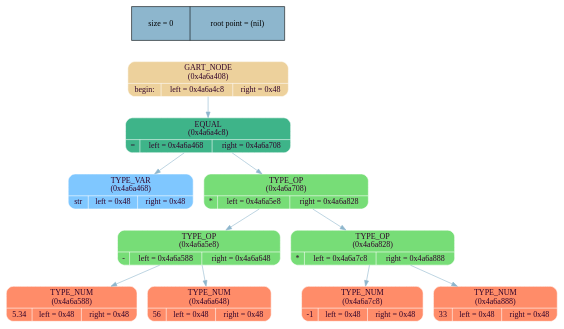
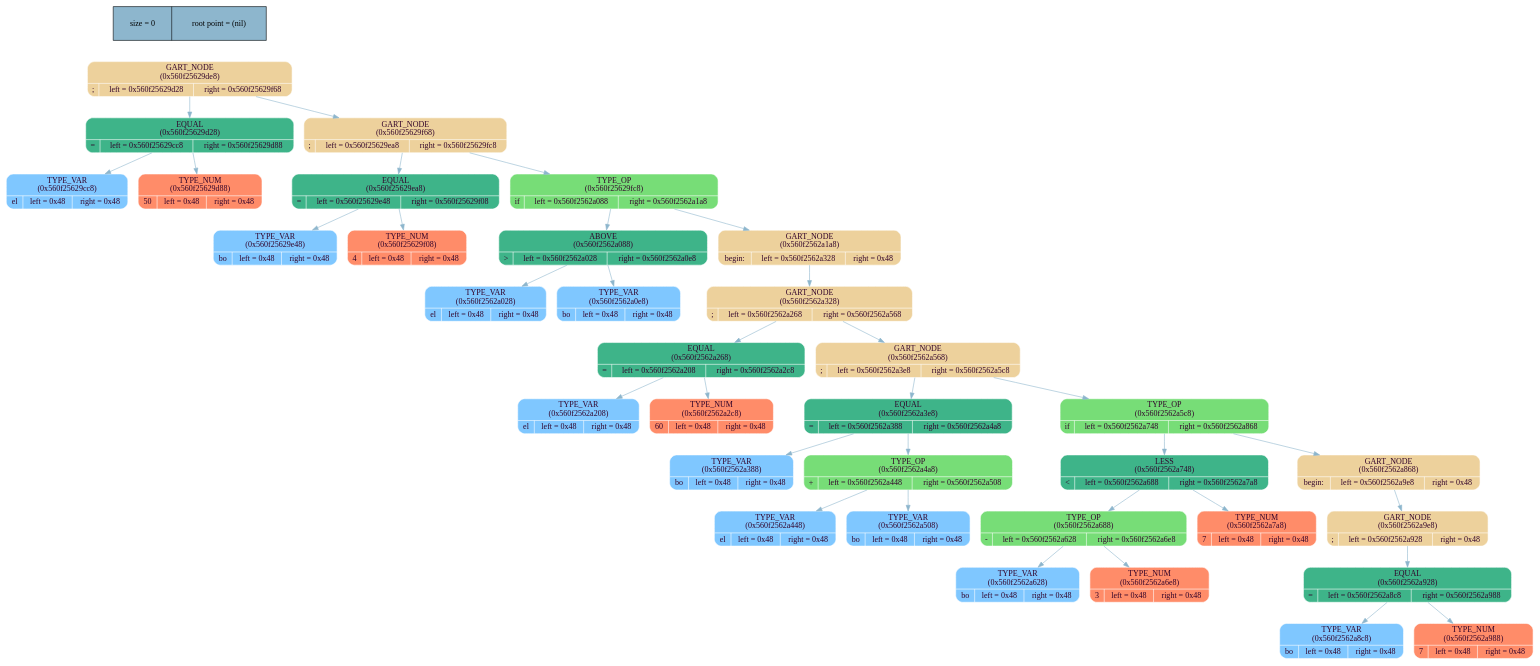
Before and after one commit to MaxGroshev/language: the diagram in frontend/tree/graph_lib/tree_dump.dot, drawn with Graphviz. The commit also changed 9 other files, not shown here.

```diff
--- a/frontend/tree/graph_lib/tree_dump.dot
+++ b/frontend/tree/graph_lib/tree_dump.dot
@@ -6,23 +6,71 @@
 node_stat [margin = "0.3*0.3", style = "filled", shape = "record", fillcolor = "#8DB6CD" label = " size = 0 | root point = (nil)"]
 {rank = source; node_stat}
 
-node0x4a6a408 [shape = "Mrecord", fillcolor = "#EDD19C", style = "filled", fontcolor = "#31032A", fontname = "Calibri", color = "white", label = "{GART_NODE\n (0x4a6a408)| {begin: |left = 0x4a6a4c8 |right = 0x48}}"]
-node0x4a6a408 -> node0x4a6a4c8 [color = "#8DB6CD", style = "", constraint = true, fillcolor = "#8DB6CD",   fontcolor = "", fontname = "Calibri", label = ""];
-node0x4a6a4c8 [shape = "Mrecord", fillcolor = "#3EB489", style = "filled", fontcolor = "#31032A", fontname = "Calibri", color = "white", label = "{EQUAL\n (0x4a6a4c8)| {= |left = 0x4a6a468 |right = 0x4a6a708}}"]
-node0x4a6a4c8 -> node0x4a6a468 [color = "#8DB6CD", style = "", constraint = true, fillcolor = "#8DB6CD",   fontcolor = "", fontname = "Calibri", label = ""];
-node0x4a6a468 [shape = "Mrecord", fillcolor = "#7FC7FF", style = "filled", fontcolor = "#31032A", fontname = "Calibri", color = "white", label = "{TYPE_VAR\n (0x4a6a468)| {str |left = 0x48 |right = 0x48}}"]
-node0x4a6a4c8 -> node0x4a6a708 [color = "#8DB6CD", style = "", constraint = true, fillcolor = "#8DB6CD",   fontcolor = "", fontname = "Calibri", label = ""];
-node0x4a6a708 [shape = "Mrecord", fillcolor = "#77DD77", style = "filled", fontcolor = "#31032A", fontname = "Calibri", color = "white", label = "{TYPE_OP\n (0x4a6a708)| {* |left = 0x4a6a5e8 |right = 0x4a6a828}}"]
-node0x4a6a708 -> node0x4a6a5e8 [color = "#8DB6CD", style = "", constraint = true, fillcolor = "#8DB6CD",   fontcolor = "", fontname = "Calibri", label = ""];
-node0x4a6a5e8 [shape = "Mrecord", fillcolor = "#77DD77", style = "filled", fontcolor = "#31032A", fontname = "Calibri", color = "white", label = "{TYPE_OP\n (0x4a6a5e8)| {- |left = 0x4a6a588 |right = 0x4a6a648}}"]
-node0x4a6a5e8 -> node0x4a6a588 [color = "#8DB6CD", style = "", constraint = true, fillcolor = "#8DB6CD",   fontcolor = "", fontname = "Calibri", label = ""];
-node0x4a6a588 [shape = "Mrecord", fillcolor = "#FF8C69", style = "filled", fontcolor = "#31032A", fontname = "Calibri", color = "white", label = "{TYPE_NUM\n (0x4a6a588)| {5.34 |left = 0x48 |right = 0x48}}"]
-node0x4a6a5e8 -> node0x4a6a648 [color = "#8DB6CD", style = "", constraint = true, fillcolor = "#8DB6CD",   fontcolor = "", fontname = "Calibri", label = ""];
-node0x4a6a648 [shape = "Mrecord", fillcolor = "#FF8C69", style = "filled", fontcolor = "#31032A", fontname = "Calibri", color = "white", label = "{TYPE_NUM\n (0x4a6a648)| {56 |left = 0x48 |right = 0x48}}"]
-node0x4a6a708 -> node0x4a6a828 [color = "#8DB6CD", style = "", constraint = true, fillcolor = "#8DB6CD",   fontcolor = "", fontname = "Calibri", label = ""];
-node0x4a6a828 [shape = "Mrecord", fillcolor = "#77DD77", style = "filled", fontcolor = "#31032A", fontname = "Calibri", color = "white", label = "{TYPE_OP\n (0x4a6a828)| {* |left = 0x4a6a7c8 |right = 0x4a6a888}}"]
-node0x4a6a828 -> node0x4a6a7c8 [color = "#8DB6CD", style = "", constraint = true, fillcolor = "#8DB6CD",   fontcolor = "", fontname = "Calibri", label = ""];
-node0x4a6a7c8 [shape = "Mrecord", fillcolor = "#FF8C69", style = "filled", fontcolor = "#31032A", fontname = "Calibri", color = "white", label = "{TYPE_NUM\n (0x4a6a7c8)| {-1 |left = 0x48 |right = 0x48}}"]
-node0x4a6a828 -> node0x4a6a888 [color = "#8DB6CD", style = "", constraint = true, fillcolor = "#8DB6CD",   fontcolor = "", fontname = "Calibri", label = ""];
-node0x4a6a888 [shape = "Mrecord", fillcolor = "#FF8C69", style = "filled", fontcolor = "#31032A", fontname = "Calibri", color = "white", label = "{TYPE_NUM\n (0x4a6a888)| {33 |left = 0x48 |right = 0x48}}"]
+node0x560f25629de8 [shape = "Mrecord", fillcolor = "#EDD19C", style = "filled", fontcolor = "#31032A", fontname = "Calibri", color = "white", label = "{GART_NODE\n (0x560f25629de8)| {; |left = 0x560f25629d28 |right = 0x560f25629f68}}"]
+node0x560f25629de8 -> node0x560f25629d28 [color = "#8DB6CD", style = "", constraint = true, fillcolor = "#8DB6CD",   fontcolor = "", fontname = "Calibri", label = ""];
+node0x560f25629d28 [shape = "Mrecord", fillcolor = "#3EB489", style = "filled", fontcolor = "#31032A", fontname = "Calibri", color = "white", label = "{EQUAL\n (0x560f25629d28)| {= |left = 0x560f25629cc8 |right = 0x560f25629d88}}"]
+node0x560f25629d28 -> node0x560f25629cc8 [color = "#8DB6CD", style = "", constraint = true, fillcolor = "#8DB6CD",   fontcolor = "", fontname = "Calibri", label = ""];
+node0x560f25629cc8 [shape = "Mrecord", fillcolor = "#7FC7FF", style = "filled", fontcolor = "#31032A", fontname = "Calibri", color = "white", label = "{TYPE_VAR\n (0x560f25629cc8)| {el |left = 0x48 |right = 0x48}}"]
+node0x560f25629d28 -> node0x560f25629d88 [color = "#8DB6CD", style = "", constraint = true, fillcolor = "#8DB6CD",   fontcolor = "", fontname = "Calibri", label = ""];
+node0x560f25629d88 [shape = "Mrecord", fillcolor = "#FF8C69", style = "filled", fontcolor = "#31032A", fontname = "Calibri", color = "white", label = "{TYPE_NUM\n (0x560f25629d88)| {50 |left = 0x48 |right = 0x48}}"]
+node0x560f25629de8 -> node0x560f25629f68 [color = "#8DB6CD", style = "", constraint = true, fillcolor = "#8DB6CD",   fontcolor = "", fontname = "Calibri", label = ""];
+node0x560f25629f68 [shape = "Mrecord", fillcolor = "#EDD19C", style = "filled", fontcolor = "#31032A", fontname = "Calibri", color = "white", label = "{GART_NODE\n (0x560f25629f68)| {; |left = 0x560f25629ea8 |right = 0x560f25629fc8}}"]
+node0x560f25629f68 -> node0x560f25629ea8 [color = "#8DB6CD", style = "", constraint = true, fillcolor = "#8DB6CD",   fontcolor = "", fontname = "Calibri", label = ""];
+node0x560f25629ea8 [shape = "Mrecord", fillcolor = "#3EB489", style = "filled", fontcolor = "#31032A", fontname = "Calibri", color = "white", label = "{EQUAL\n (0x560f25629ea8)| {= |left = 0x560f25629e48 |right = 0x560f25629f08}}"]
+node0x560f25629ea8 -> node0x560f25629e48 [color = "#8DB6CD", style = "", constraint = true, fillcolor = "#8DB6CD",   fontcolor = "", fontname = "Calibri", label = ""];
+node0x560f25629e48 [shape = "Mrecord", fillcolor = "#7FC7FF", style = "filled", fontcolor = "#31032A", fontname = "Calibri", color = "white", label = "{TYPE_VAR\n (0x560f25629e48)| {bo |left = 0x48 |right = 0x48}}"]
+node0x560f25629ea8 -> node0x560f25629f08 [color = "#8DB6CD", style = "", constraint = true, fillcolor = "#8DB6CD",   fontcolor = "", fontname = "Calibri", label = ""];
+node0x560f25629f08 [shape = "Mrecord", fillcolor = "#FF8C69", style = "filled", fontcolor = "#31032A", fontname = "Calibri", color = "white", label = "{TYPE_NUM\n (0x560f25629f08)| {4 |left = 0x48 |right = 0x48}}"]
+node0x560f25629f68 -> node0x560f25629fc8 [color = "#8DB6CD", style = "", constraint = true, fillcolor = "#8DB6CD",   fontcolor = "", fontname = "Calibri", label = ""];
+node0x560f25629fc8 [shape = "Mrecord", fillcolor = "#77DD77", style = "filled", fontcolor = "#31032A", fontname = "Calibri", color = "white", label = "{TYPE_OP\n (0x560f25629fc8)| {if |left = 0x560f2562a088 |right = 0x560f2562a1a8}}"]
+node0x560f25629fc8 -> node0x560f2562a088 [color = "#8DB6CD", style = "", constraint = true, fillcolor = "#8DB6CD",   fontcolor = "", fontname = "Calibri", label = ""];
+node0x560f2562a088 [shape = "Mrecord", fillcolor = "#3EB489", style = "filled", fontcolor = "#31032A", fontname = "Calibri", color = "white", label = "{ABOVE\n (0x560f2562a088)| {\> |left = 0x560f2562a028 |right = 0x560f2562a0e8}}"]
+node0x560f2562a088 -> node0x560f2562a028 [color = "#8DB6CD", style = "", constraint = true, fillcolor = "#8DB6CD",   fontcolor = "", fontname = "Calibri", label = ""];
+node0x560f2562a028 [shape = "Mrecord", fillcolor = "#7FC7FF", style = "filled", fontcolor = "#31032A", fontname = "Calibri", color = "white", label = "{TYPE_VAR\n (0x560f2562a028)| {el |left = 0x48 |right = 0x48}}"]
+node0x560f2562a088 -> node0x560f2562a0e8 [color = "#8DB6CD", style = "", constraint = true, fillcolor = "#8DB6CD",   fontcolor = "", fontname = "Calibri", label = ""];
+node0x560f2562a0e8 [shape = "Mrecord", fillcolor = "#7FC7FF", style = "filled", fontcolor = "#31032A", fontname = "Calibri", color = "white", label = "{TYPE_VAR\n (0x560f2562a0e8)| {bo |left = 0x48 |right = 0x48}}"]
+node0x560f25629fc8 -> node0x560f2562a1a8 [color = "#8DB6CD", style = "", constraint = true, fillcolor = "#8DB6CD",   fontcolor = "", fontname = "Calibri", label = ""];
+node0x560f2562a1a8 [shape = "Mrecord", fillcolor = "#EDD19C", style = "filled", fontcolor = "#31032A", fontname = "Calibri", color = "white", label = "{GART_NODE\n (0x560f2562a1a8)| {begin: |left = 0x560f2562a328 |right = 0x48}}"]
+node0x560f2562a1a8 -> node0x560f2562a328 [color = "#8DB6CD", style = "", constraint = true, fillcolor = "#8DB6CD",   fontcolor = "", fontname = "Calibri", label = ""];
+node0x560f2562a328 [shape = "Mrecord", fillcolor = "#EDD19C", style = "filled", fontcolor = "#31032A", fontname = "Calibri", color = "white", label = "{GART_NODE\n (0x560f2562a328)| {; |left = 0x560f2562a268 |right = 0x560f2562a568}}"]
+node0x560f2562a328 -> node0x560f2562a268 [color = "#8DB6CD", style = "", constraint = true, fillcolor = "#8DB6CD",   fontcolor = "", fontname = "Calibri", label = ""];
+node0x560f2562a268 [shape = "Mrecord", fillcolor = "#3EB489", style = "filled", fontcolor = "#31032A", fontname = "Calibri", color = "white", label = "{EQUAL\n (0x560f2562a268)| {= |left = 0x560f2562a208 |right = 0x560f2562a2c8}}"]
+node0x560f2562a268 -> node0x560f2562a208 [color = "#8DB6CD", style = "", constraint = true, fillcolor = "#8DB6CD",   fontcolor = "", fontname = "Calibri", label = ""];
+node0x560f2562a208 [shape = "Mrecord", fillcolor = "#7FC7FF", style = "filled", fontcolor = "#31032A", fontname = "Calibri", color = "white", label = "{TYPE_VAR\n (0x560f2562a208)| {el |left = 0x48 |right = 0x48}}"]
+node0x560f2562a268 -> node0x560f2562a2c8 [color = "#8DB6CD", style = "", constraint = true, fillcolor = "#8DB6CD",   fontcolor = "", fontname = "Calibri", label = ""];
+node0x560f2562a2c8 [shape = "Mrecord", fillcolor = "#FF8C69", style = "filled", fontcolor = "#31032A", fontname = "Calibri", color = "white", label = "{TYPE_NUM\n (0x560f2562a2c8)| {60 |left = 0x48 |right = 0x48}}"]
+node0x560f2562a328 -> node0x560f2562a568 [color = "#8DB6CD", style = "", constraint = true, fillcolor = "#8DB6CD",   fontcolor = "", fontname = "Calibri", label = ""];
+node0x560f2562a568 [shape = "Mrecord", fillcolor = "#EDD19C", style = "filled", fontcolor = "#31032A", fontname = "Calibri", color = "white", label = "{GART_NODE\n (0x560f2562a568)| {; |left = 0x560f2562a3e8 |right = 0x560f2562a5c8}}"]
+node0x560f2562a568 -> node0x560f2562a3e8 [color = "#8DB6CD", style = "", constraint = true, fillcolor = "#8DB6CD",   fontcolor = "", fontname = "Calibri", label = ""];
+node0x560f2562a3e8 [shape = "Mrecord", fillcolor = "#3EB489", style = "filled", fontcolor = "#31032A", fontname = "Calibri", color = "white", label = "{EQUAL\n (0x560f2562a3e8)| {= |left = 0x560f2562a388 |right = 0x560f2562a4a8}}"]
+node0x560f2562a3e8 -> node0x560f2562a388 [color = "#8DB6CD", style = "", constraint = true, fillcolor = "#8DB6CD",   fontcolor = "", fontname = "Calibri", label = ""];
+node0x560f2562a388 [shape = "Mrecord", fillcolor = "#7FC7FF", style = "filled", fontcolor = "#31032A", fontname = "Calibri", color = "white", label = "{TYPE_VAR\n (0x560f2562a388)| {bo |left = 0x48 |right = 0x48}}"]
+node0x560f2562a3e8 -> node0x560f2562a4a8 [color = "#8DB6CD", style = "", constraint = true, fillcolor = "#8DB6CD",   fontcolor = "", fontname = "Calibri", label = ""];
+node0x560f2562a4a8 [shape = "Mrecord", fillcolor = "#77DD77", style = "filled", fontcolor = "#31032A", fontname = "Calibri", color = "white", label = "{TYPE_OP\n (0x560f2562a4a8)| {+ |left = 0x560f2562a448 |right = 0x560f2562a508}}"]
+node0x560f2562a4a8 -> node0x560f2562a448 [color = "#8DB6CD", style = "", constraint = true, fillcolor = "#8DB6CD",   fontcolor = "", fontname = "Calibri", label = ""];
+node0x560f2562a448 [shape = "Mrecord", fillcolor = "#7FC7FF", style = "filled", fontcolor = "#31032A", fontname = "Calibri", color = "white", label = "{TYPE_VAR\n (0x560f2562a448)| {el |left = 0x48 |right = 0x48}}"]
+node0x560f2562a4a8 -> node0x560f2562a508 [color = "#8DB6CD", style = "", constraint = true, fillcolor = "#8DB6CD",   fontcolor = "", fontname = "Calibri", label = ""];
+node0x560f2562a508 [shape = "Mrecord", fillcolor = "#7FC7FF", style = "filled", fontcolor = "#31032A", fontname = "Calibri", color = "white", label = "{TYPE_VAR\n (0x560f2562a508)| {bo |left = 0x48 |right = 0x48}}"]
+node0x560f2562a568 -> node0x560f2562a5c8 [color = "#8DB6CD", style = "", constraint = true, fillcolor = "#8DB6CD",   fontcolor = "", fontname = "Calibri", label = ""];
+node0x560f2562a5c8 [shape = "Mrecord", fillcolor = "#77DD77", style = "filled", fontcolor = "#31032A", fontname = "Calibri", color = "white", label = "{TYPE_OP\n (0x560f2562a5c8)| {if |left = 0x560f2562a748 |right = 0x560f2562a868}}"]
+node0x560f2562a5c8 -> node0x560f2562a748 [color = "#8DB6CD", style = "", constraint = true, fillcolor = "#8DB6CD",   fontcolor = "", fontname = "Calibri", label = ""];
+node0x560f2562a748 [shape = "Mrecord", fillcolor = "#3EB489", style = "filled", fontcolor = "#31032A", fontname = "Calibri", color = "white", label = "{LESS\n (0x560f2562a748)| {\< |left = 0x560f2562a688 |right = 0x560f2562a7a8}}"]
+node0x560f2562a748 -> node0x560f2562a688 [color = "#8DB6CD", style = "", constraint = true, fillcolor = "#8DB6CD",   fontcolor = "", fontname = "Calibri", label = ""];
+node0x560f2562a688 [shape = "Mrecord", fillcolor = "#77DD77", style = "filled", fontcolor = "#31032A", fontname = "Calibri", color = "white", label = "{TYPE_OP\n (0x560f2562a688)| {- |left = 0x560f2562a628 |right = 0x560f2562a6e8}}"]
+node0x560f2562a688 -> node0x560f2562a628 [color = "#8DB6CD", style = "", constraint = true, fillcolor = "#8DB6CD",   fontcolor = "", fontname = "Calibri", label = ""];
+node0x560f2562a628 [shape = "Mrecord", fillcolor = "#7FC7FF", style = "filled", fontcolor = "#31032A", fontname = "Calibri", color = "white", label = "{TYPE_VAR\n (0x560f2562a628)| {bo |left = 0x48 |right = 0x48}}"]
+node0x560f2562a688 -> node0x560f2562a6e8 [color = "#8DB6CD", style = "", constraint = true, fillcolor = "#8DB6CD",   fontcolor = "", fontname = "Calibri", label = ""];
+node0x560f2562a6e8 [shape = "Mrecord", fillcolor = "#FF8C69", style = "filled", fontcolor = "#31032A", fontname = "Calibri", color = "white", label = "{TYPE_NUM\n (0x560f2562a6e8)| {3 |left = 0x48 |right = 0x48}}"]
+node0x560f2562a748 -> node0x560f2562a7a8 [color = "#8DB6CD", style = "", constraint = true, fillcolor = "#8DB6CD",   fontcolor = "", fontname = "Calibri", label = ""];
+node0x560f2562a7a8 [shape = "Mrecord", fillcolor = "#FF8C69", style = "filled", fontcolor = "#31032A", fontname = "Calibri", color = "white", label = "{TYPE_NUM\n (0x560f2562a7a8)| {7 |left = 0x48 |right = 0x48}}"]
+node0x560f2562a5c8 -> node0x560f2562a868 [color = "#8DB6CD", style = "", constraint = true, fillcolor = "#8DB6CD",   fontcolor = "", fontname = "Calibri", label = ""];
+node0x560f2562a868 [shape = "Mrecord", fillcolor = "#EDD19C", style = "filled", fontcolor = "#31032A", fontname = "Calibri", color = "white", label = "{GART_NODE\n (0x560f2562a868)| {begin: |left = 0x560f2562a9e8 |right = 0x48}}"]
+node0x560f2562a868 -> node0x560f2562a9e8 [color = "#8DB6CD", style = "", constraint = true, fillcolor = "#8DB6CD",   fontcolor = "", fontname = "Calibri", label = ""];
+node0x560f2562a9e8 [shape = "Mrecord", fillcolor = "#EDD19C", style = "filled", fontcolor = "#31032A", fontname = "Calibri", color = "white", label = "{GART_NODE\n (0x560f2562a9e8)| {; |left = 0x560f2562a928 |right = 0x48}}"]
+node0x560f2562a9e8 -> node0x560f2562a928 [color = "#8DB6CD", style = "", constraint = true, fillcolor = "#8DB6CD",   fontcolor = "", fontname = "Calibri", label = ""];
+node0x560f2562a928 [shape = "Mrecord", fillcolor = "#3EB489", style = "filled", fontcolor = "#31032A", fontname = "Calibri", color = "white", label = "{EQUAL\n (0x560f2562a928)| {= |left = 0x560f2562a8c8 |right = 0x560f2562a988}}"]
+node0x560f2562a928 -> node0x560f2562a8c8 [color = "#8DB6CD", style = "", constraint = true, fillcolor = "#8DB6CD",   fontcolor = "", fontname = "Calibri", label = ""];
+node0x560f2562a8c8 [shape = "Mrecord", fillcolor = "#7FC7FF", style = "filled", fontcolor = "#31032A", fontname = "Calibri", color = "white", label = "{TYPE_VAR\n (0x560f2562a8c8)| {bo |left = 0x48 |right = 0x48}}"]
+node0x560f2562a928 -> node0x560f2562a988 [color = "#8DB6CD", style = "", constraint = true, fillcolor = "#8DB6CD",   fontcolor = "", fontname = "Calibri", label = ""];
+node0x560f2562a988 [shape = "Mrecord", fillcolor = "#FF8C69", style = "filled", fontcolor = "#31032A", fontname = "Calibri", color = "white", label = "{TYPE_NUM\n (0x560f2562a988)| {7 |left = 0x48 |right = 0x48}}"]
 }
```
